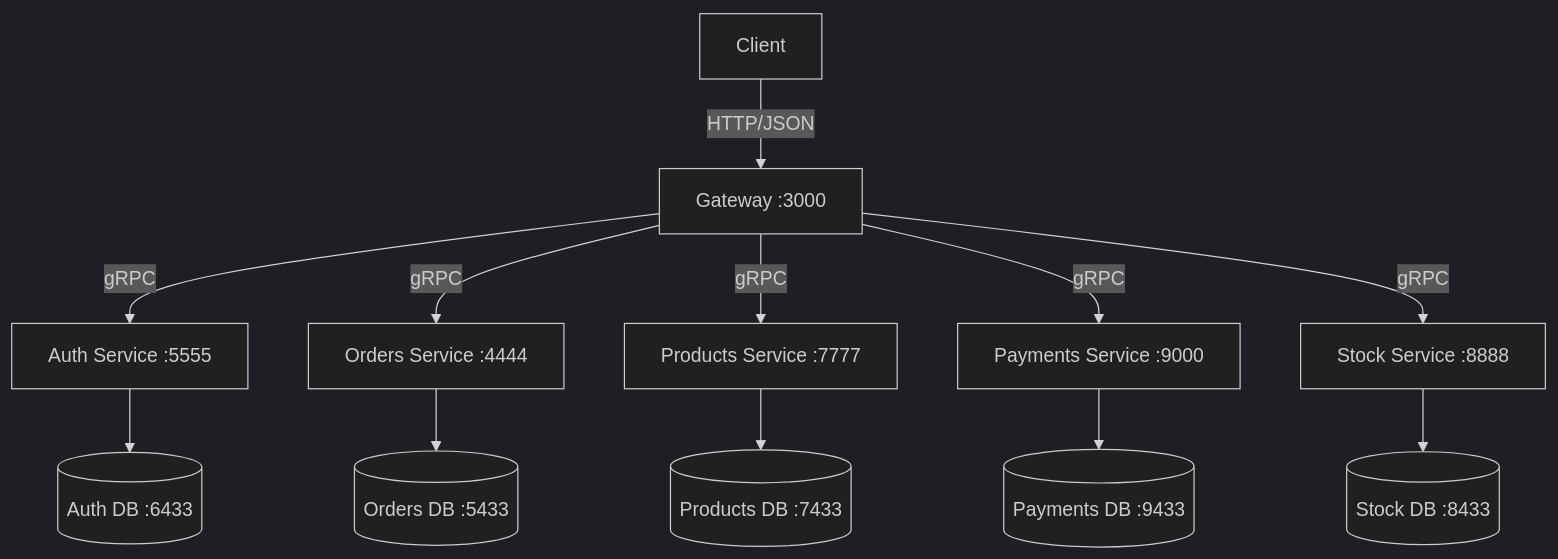
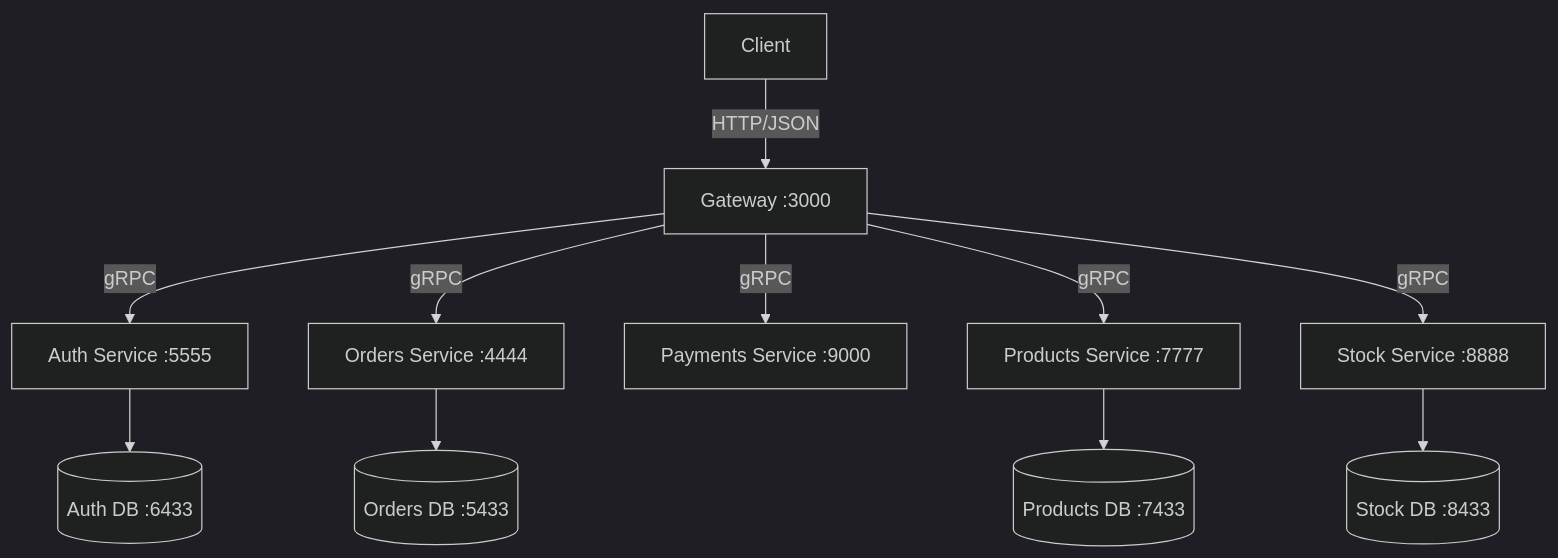
One commit to Akene-Uzezi/ecommerce-microservice changed the first of 3 diagrams in architecture.md. Above: the diagram before and after it, drawn with Mermaid (dark theme). The commit also changed other lines of this file and 1 other file, not shown here.

````diff
--- a/architecture.md
+++ b/architecture.md
@@ -5,28 +5,26 @@
 ```mermaid
 graph TB
     Client[Client]
     Gateway[Gateway :3000]
     Auth[Auth Service :5555]
     Orders[Orders Service :4444]
     Payments[Payments Service :9000]
     Stock[Stock Service :8888]
     Products[Products Service :7777]
     AuthDB[(Auth DB :6433)]
     OrdersDB[(Orders DB :5433)]
     ProductsDB[(Products DB :7433)]
-    PaymentsDB[(Payments DB :9433)]
     StockDB[(Stock DB :8433)]
 
     Client -->|HTTP/JSON| Gateway
     Gateway -->|gRPC| Auth
     Gateway -->|gRPC| Orders
     Gateway -->|gRPC| Products
     Gateway -->|gRPC| Payments
     Gateway -->|gRPC| Stock
 
     Auth --> AuthDB
     Orders --> OrdersDB
     Products --> ProductsDB
-    Payments --> PaymentsDB
     Stock --> StockDB
 ```
````
